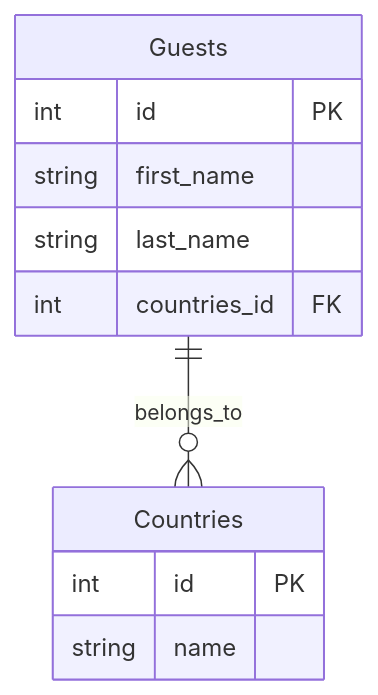
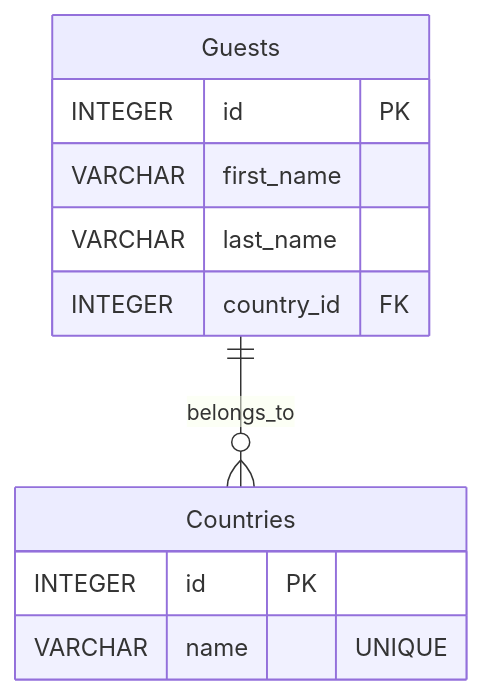
The diagram in README.md (Gruppe-6-Hotel-Kong-Arthur/GuestService), drawn with Mermaid before and after one commit.

````diff
--- a/README.md
+++ b/README.md
@@ -83,14 +83,14 @@
 ```mermaid
 erDiagram
     Guests ||--o{ Countries : belongs_to
     Guests {
-        int id PK
-        string first_name
-        string last_name
-        int countries_id FK
+        INTEGER id PK
+        VARCHAR first_name
+        VARCHAR last_name
+        INTEGER country_id FK
     }
     Countries {
-        int id PK
-        string name
+        INTEGER id PK
+        VARCHAR name "UNIQUE"
     }
 ```
````
